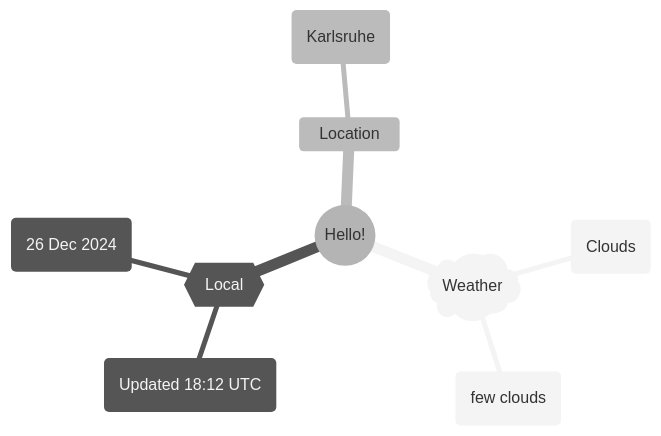
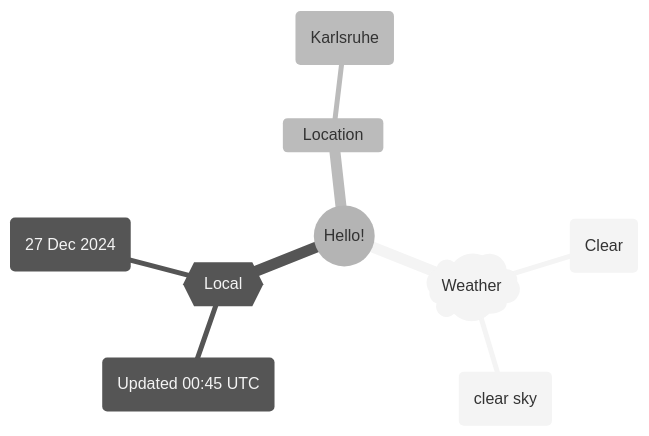
One commit to Xosrov/Xosrov changed the first of 2 diagrams in README.md. Above: the diagram before and after it, drawn with Mermaid (neutral theme).

Commit message:
[bot] updated images

````diff
--- a/README.md
+++ b/README.md
@@ -3,12 +3,12 @@
 ```mermaid
 mindmap
   root((Hello!))
     )Weather(
-        (Clouds)
-        (few clouds)
+        (Clear)
+        (clear sky)
     {{Local}}
-        (Updated 18:12 UTC)
-        (26 Dec 2024)
+        (Updated 00:45 UTC)
+        (27 Dec 2024)
     Location
         (Karlsruhe)
 ```
````
